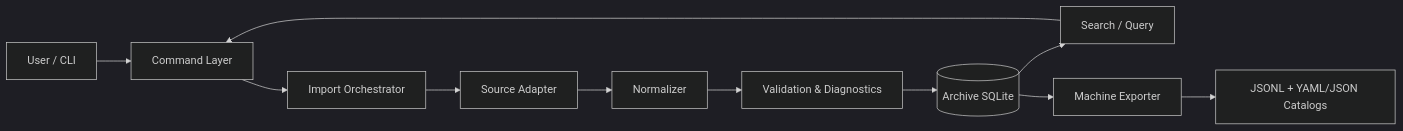
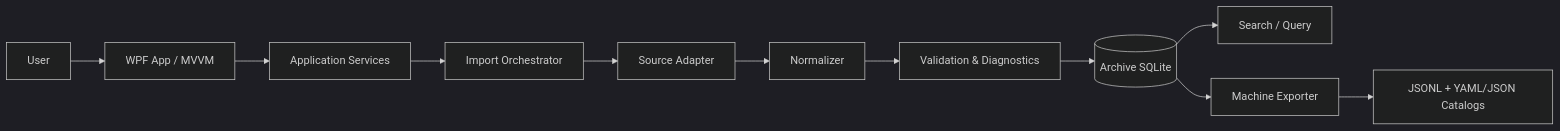
One commit to lybym/WeArchive changed the first of 3 diagrams in docs/ARCHITECTURE.md. Above: the diagram before and after it, drawn with Mermaid (dark theme). The commit also changed other lines of this file and 95 other files, not shown here.

````diff
--- a/docs/ARCHITECTURE.md
+++ b/docs/ARCHITECTURE.md
@@ -21,24 +21,25 @@
 ```mermaid
 flowchart LR
-    U[User / CLI]
-    C[Command Layer]
+    U[User]
+    W[WPF App / MVVM]
+    C[Application Services]
     O[Import Orchestrator]
     A[Source Adapter]
     N[Normalizer]
     V[Validation & Diagnostics]
     S[(Archive SQLite)]
     Q[Search / Query]
     E[Machine Exporter]
     X[JSONL + YAML/JSON Catalogs]
 
-    U --> C
+    U --> W
+    W --> C
     C --> O
     O --> A
     A --> N
     N --> V
     V --> S
     S --> Q
     S --> E
-    Q --> C
     E --> X
 ```
````
